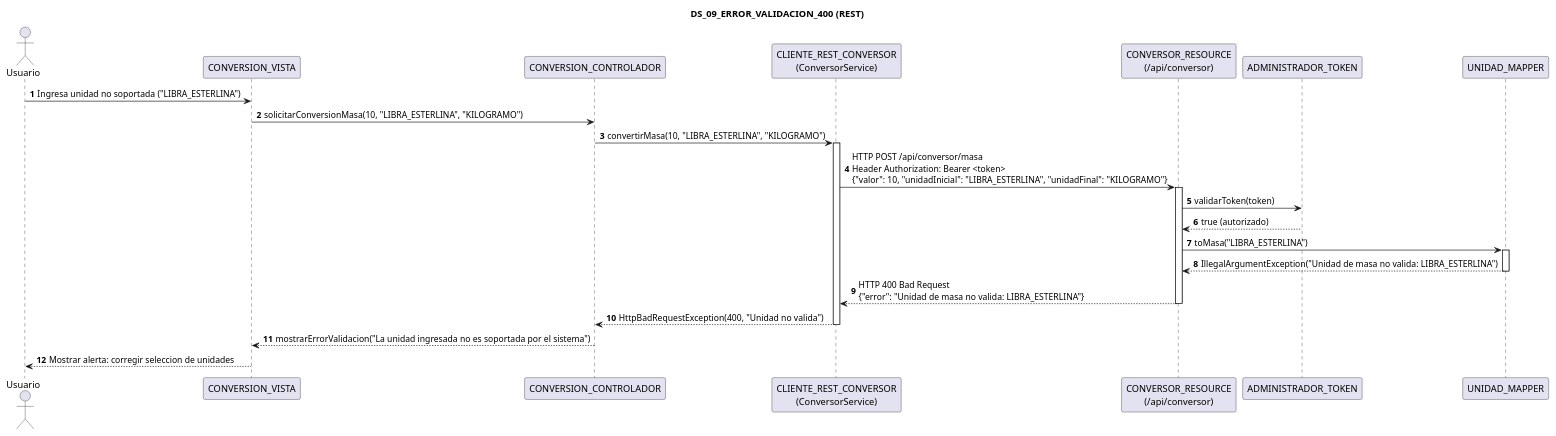
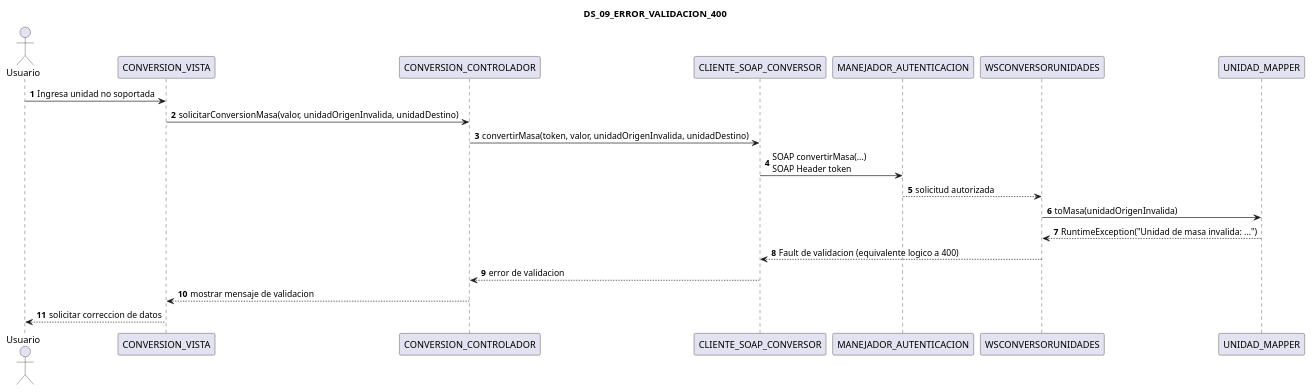
The diagram in Parcial-I/Grupales/TG.1.4 PAO202651_RESTFUL_DOTNET_CONBDD_NRC36884_GR04/01. UML/03. DIAGRAMAS/03_SECUENCIA/DS_09_ERROR_VALIDACION_400.puml (LeoNarvaez2503/Grupo4-NRC36884), drawn with PlantUML before and after one commit. The commit also changed 2118 other files, not shown here.

```diff
--- a/Parcial-I/Grupales/TG.1.4 PAO202651_RESTFUL_DOTNET_CONBDD_NRC36884_GR04/01. UML/03. DIAGRAMAS/03_SECUENCIA/DS_09_ERROR_VALIDACION_400.puml
+++ b/Parcial-I/Grupales/TG.1.4 PAO202651_RESTFUL_DOTNET_CONBDD_NRC36884_GR04/01. UML/03. DIAGRAMAS/03_SECUENCIA/DS_09_ERROR_VALIDACION_400.puml
@@ -1,36 +1,28 @@
 @startuml
-title "DS_09_ERROR_VALIDACION_400 (REST)"
+title "DS_09_ERROR_VALIDACION_400"
 autonumber
 
 actor "Usuario" as Usuario
-participant "CONVERSION_VISTA" as Vista
-participant "CONVERSION_CONTROLADOR" as Controlador
-participant "CLIENTE_REST_CONVERSOR\n(ConversorService)" as ClienteRest
-participant "CONVERSOR_RESOURCE\n(/api/conversor)" as ConversorResource
-participant "ADMINISTRADOR_TOKEN" as TokenMgr
-participant "UNIDAD_MAPPER" as Mapper
+participant "CONVERSION_VISTA" as ConversionVista
+participant "CONVERSION_CONTROLADOR" as ConversionControlador
+participant "CLIENTE_SOAP_CONVERSOR" as ClienteSoap
+participant "MANEJADOR_AUTENTICACION" as ManejadorAutenticacion
+participant "WSCONVERSORUNIDADES" as WSConversorUnidades
+participant "UNIDAD_MAPPER" as UnidadMapper
 
-Usuario -> Vista: Ingresa unidad no soportada ("LIBRA_ESTERLINA")
-Vista -> Controlador: solicitarConversionMasa(10, "LIBRA_ESTERLINA", "KILOGRAMO")
-Controlador -> ClienteRest: convertirMasa(10, "LIBRA_ESTERLINA", "KILOGRAMO")
-activate ClienteRest
+Usuario -> ConversionVista: Ingresa unidad no soportada
+ConversionVista -> ConversionControlador: solicitarConversionMasa(valor, unidadOrigenInvalida, unidadDestino)
+ConversionControlador -> ClienteSoap: convertirMasa(token, valor, unidadOrigenInvalida, unidadDestino)
 
-ClienteRest -> ConversorResource: HTTP POST /api/conversor/masa\nHeader Authorization: Bearer <token>\n{"valor": 10, "unidadInicial": "LIBRA_ESTERLINA", "unidadFinal": "KILOGRAMO"}
-activate ConversorResource
+ClienteSoap -> ManejadorAutenticacion: SOAP convertirMasa(...)\nSOAP Header token
+ManejadorAutenticacion --> WSConversorUnidades: solicitud autorizada
 
-ConversorResource -> TokenMgr: validarToken(token)
-TokenMgr --> ConversorResource: true (autorizado)
+WSConversorUnidades -> UnidadMapper: toMasa(unidadOrigenInvalida)
+UnidadMapper --> WSConversorUnidades: RuntimeException("Unidad de masa invalida: ...")
+WSConversorUnidades --> ClienteSoap: Fault de validacion (equivalente logico a 400)
 
-ConversorResource -> Mapper: toMasa("LIBRA_ESTERLINA")
-activate Mapper
-Mapper --> ConversorResource: IllegalArgumentException("Unidad de masa no valida: LIBRA_ESTERLINA")
-deactivate Mapper
+ClienteSoap --> ConversionControlador: error de validacion
+ConversionControlador --> ConversionVista: mostrar mensaje de validacion
+ConversionVista --> Usuario: solicitar correccion de datos
 
-ConversorResource --> ClienteRest: HTTP 400 Bad Request\n{"error": "Unidad de masa no valida: LIBRA_ESTERLINA"}
-deactivate ConversorResource
-
-ClienteRest --> Controlador: HttpBadRequestException(400, "Unidad no valida")
-deactivate ClienteRest
-Controlador --> Vista: mostrarErrorValidacion("La unidad ingresada no es soportada por el sistema")
-Vista --> Usuario: Mostrar alerta: corregir seleccion de unidades
 @enduml
```
